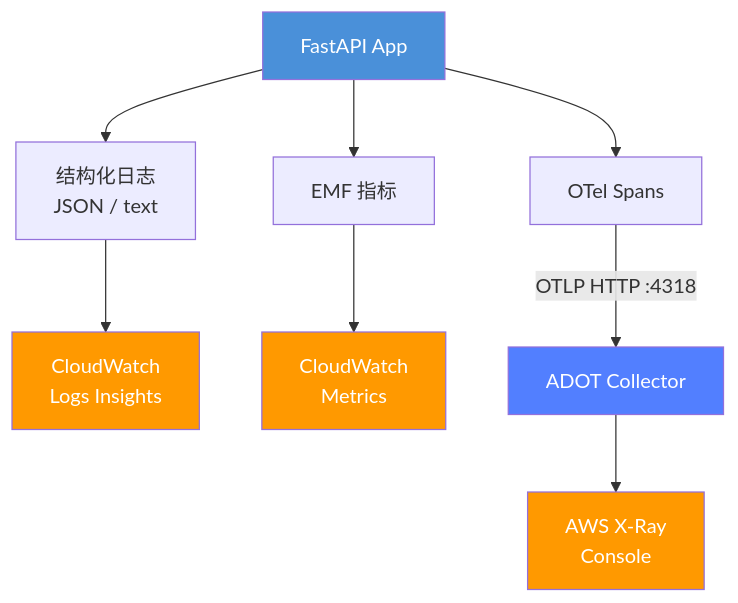
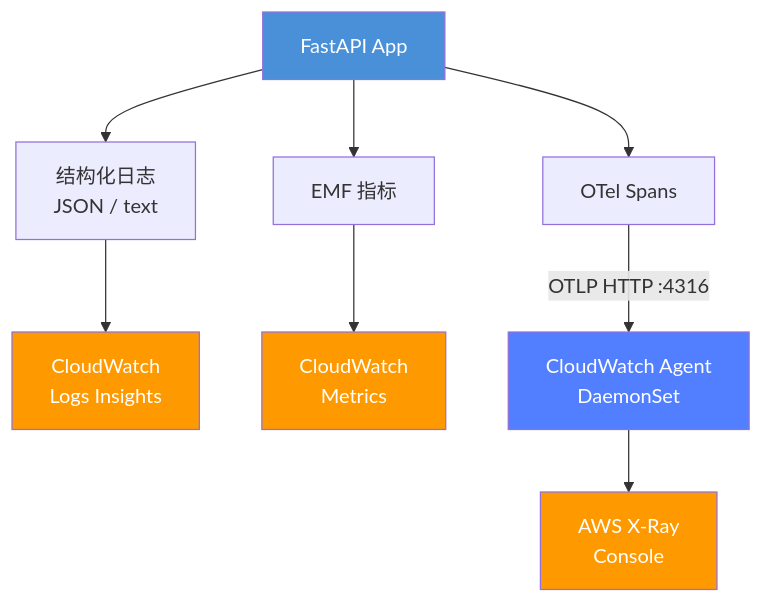
One commit to aws-samples/sample-kolya-br-proxy changed the first of 3 diagrams in docs/observability.zh.md. Above: the diagram before and after it, drawn with Mermaid. The commit also changed other lines of this file and 1 other file, not shown here.

First line of the commit message:
docs: update observability docs with actual deployment architecture

````diff
--- a/docs/observability.zh.md
+++ b/docs/observability.zh.md
@@ -30,17 +30,17 @@
 ```mermaid
 graph TD
     App[FastAPI App] --> Logs[结构化日志<br/>JSON / text]
     App --> EMF[EMF 指标]
     App --> OTel[OTel Spans]
 
     Logs --> CWL[CloudWatch<br/>Logs Insights]
     EMF --> CWM[CloudWatch<br/>Metrics]
-    OTel --> |OTLP HTTP :4318| ADOT[ADOT Collector]
-    ADOT --> XRay[AWS X-Ray<br/>Console]
+    OTel --> |OTLP HTTP :4316| CWAgent[CloudWatch Agent<br/>DaemonSet]
+    CWAgent --> XRay[AWS X-Ray<br/>Console]
 
     style App fill:#4a90d9,color:#fff
     style CWL fill:#ff9900,color:#fff
     style CWM fill:#ff9900,color:#fff
     style XRay fill:#ff9900,color:#fff
-    style ADOT fill:#527fff,color:#fff
+    style CWAgent fill:#527fff,color:#fff
 ```
````
